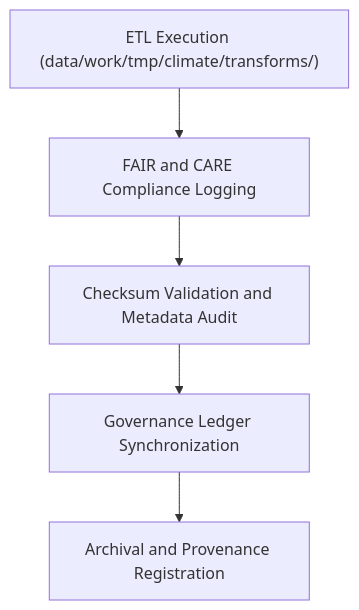
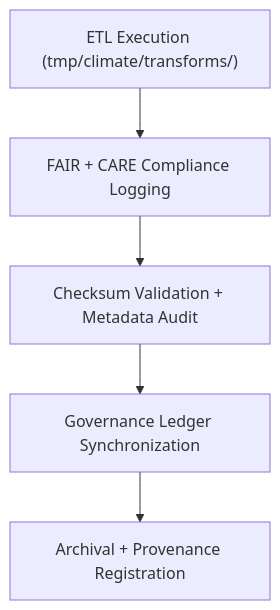
Before and after one commit to bartytime4life/Kansas-Frontier-Matrix: the diagram in data/work/tmp/climate/logs/README.md, drawn with Mermaid. The commit also changed other lines of this file, not shown here.

````diff
--- a/data/work/tmp/climate/logs/README.md
+++ b/data/work/tmp/climate/logs/README.md
@@ -62,7 +64,7 @@
 ```mermaid
 flowchart TD
-    A["ETL Execution (data/work/tmp/climate/transforms/)"] --> B["FAIR and CARE Compliance Logging"]
-    B --> C["Checksum Validation and Metadata Audit"]
+    A["ETL Execution (tmp/climate/transforms/)"] --> B["FAIR + CARE Compliance Logging"]
+    B --> C["Checksum Validation + Metadata Audit"]
     C --> D["Governance Ledger Synchronization"]
-    D --> E["Archival and Provenance Registration"]
+    D --> E["Archival + Provenance Registration"]
 ```
````
